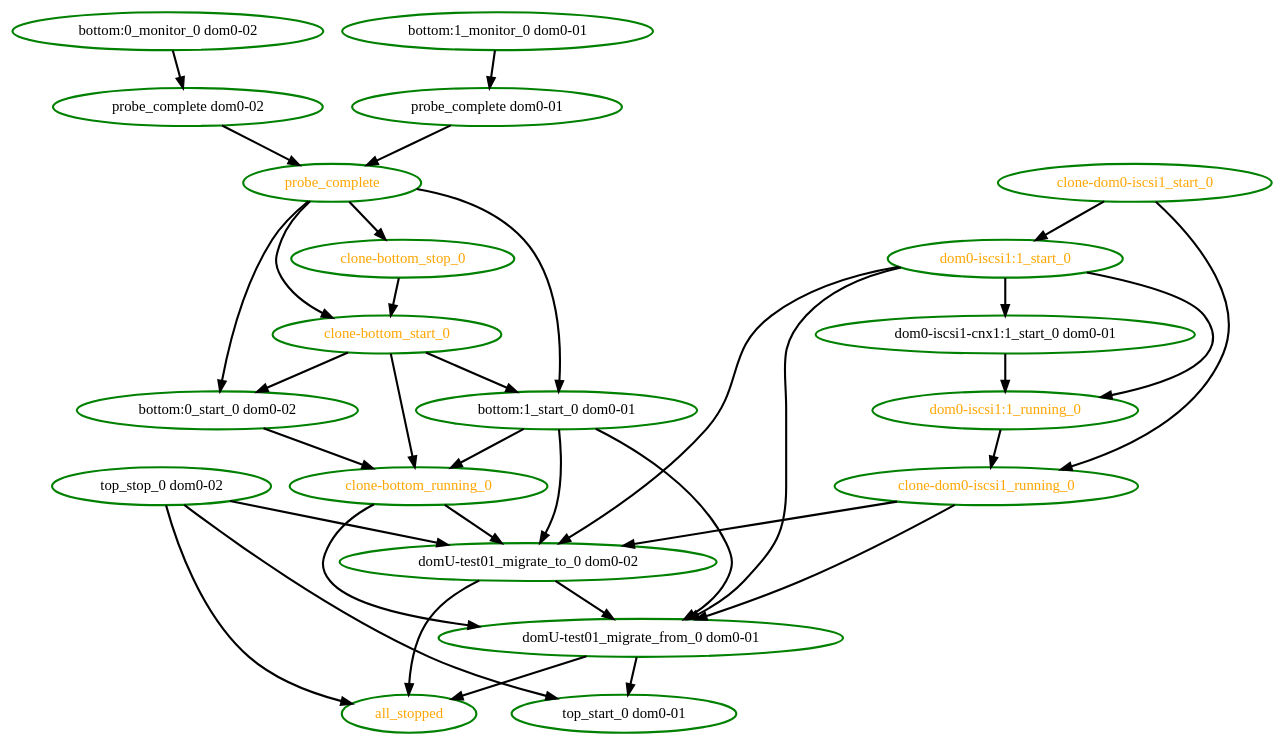
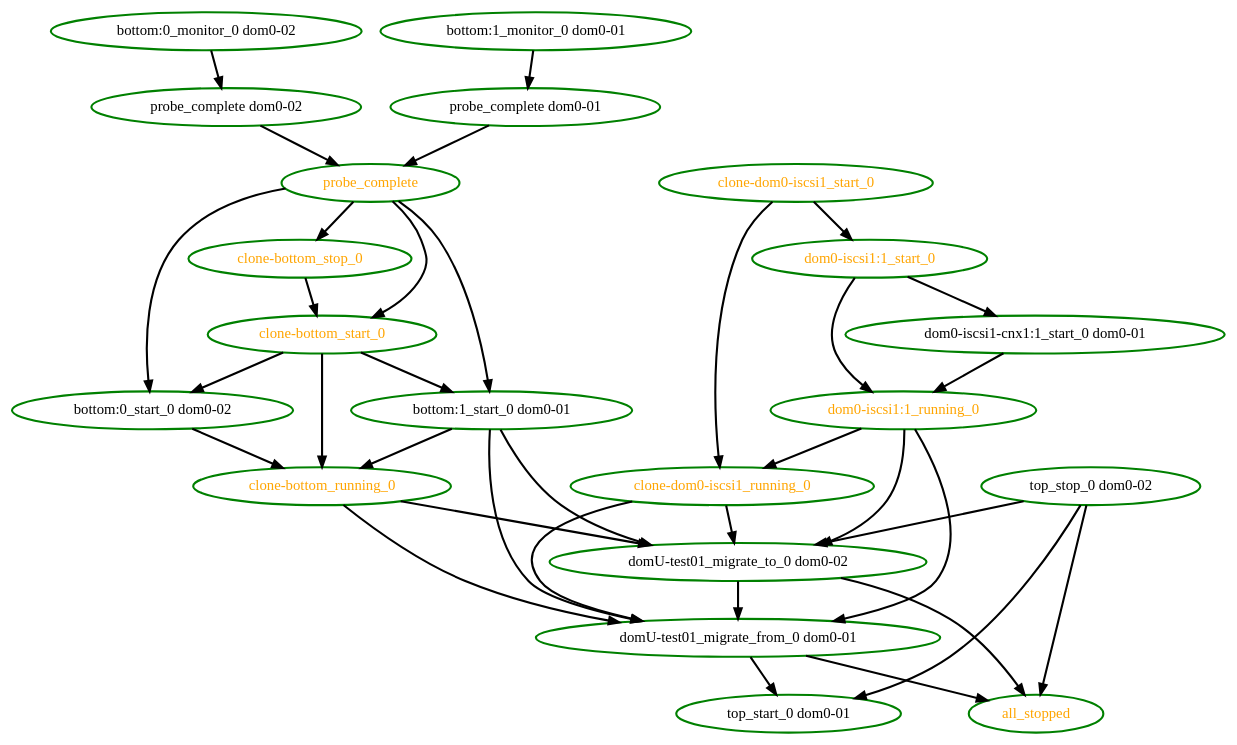
The diagram in pengine/test10/migrate-start-complex.dot (linux-ha-japan/pm_diskd), drawn with Graphviz before and after one commit. The commit also changed 13 other files, not shown here.

```diff
--- a/pengine/test10/migrate-start-complex.dot
+++ b/pengine/test10/migrate-start-complex.dot
@@ -1,57 +1,57 @@
 digraph "g" {
 "all_stopped" [ style=bold color="green" fontcolor="orange"  ]
 "bottom:0_monitor_0 dom0-02" -> "probe_complete dom0-02" [ style = bold]
 "bottom:0_monitor_0 dom0-02" [ style=bold color="green" fontcolor="black"  ]
 "bottom:0_start_0 dom0-02" -> "clone-bottom_running_0" [ style = bold]
 "bottom:0_start_0 dom0-02" [ style=bold color="green" fontcolor="black"  ]
 "bottom:1_monitor_0 dom0-01" -> "probe_complete dom0-01" [ style = bold]
 "bottom:1_monitor_0 dom0-01" [ style=bold color="green" fontcolor="black"  ]
 "bottom:1_start_0 dom0-01" -> "clone-bottom_running_0" [ style = bold]
 "bottom:1_start_0 dom0-01" -> "domU-test01_migrate_from_0 dom0-01" [ style = bold]
 "bottom:1_start_0 dom0-01" -> "domU-test01_migrate_to_0 dom0-02" [ style = bold]
 "bottom:1_start_0 dom0-01" [ style=bold color="green" fontcolor="black"  ]
 "clone-bottom_running_0" -> "domU-test01_migrate_from_0 dom0-01" [ style = bold]
 "clone-bottom_running_0" -> "domU-test01_migrate_to_0 dom0-02" [ style = bold]
 "clone-bottom_running_0" [ style=bold color="green" fontcolor="orange"  ]
 "clone-bottom_start_0" -> "bottom:0_start_0 dom0-02" [ style = bold]
 "clone-bottom_start_0" -> "bottom:1_start_0 dom0-01" [ style = bold]
 "clone-bottom_start_0" -> "clone-bottom_running_0" [ style = bold]
 "clone-bottom_start_0" [ style=bold color="green" fontcolor="orange"  ]
 "clone-bottom_stop_0" -> "clone-bottom_start_0" [ style = bold]
 "clone-bottom_stop_0" [ style=bold color="green" fontcolor="orange"  ]
 "clone-dom0-iscsi1_running_0" -> "domU-test01_migrate_from_0 dom0-01" [ style = bold]
 "clone-dom0-iscsi1_running_0" -> "domU-test01_migrate_to_0 dom0-02" [ style = bold]
 "clone-dom0-iscsi1_running_0" [ style=bold color="green" fontcolor="orange"  ]
 "clone-dom0-iscsi1_start_0" -> "clone-dom0-iscsi1_running_0" [ style = bold]
 "clone-dom0-iscsi1_start_0" -> "dom0-iscsi1:1_start_0" [ style = bold]
 "clone-dom0-iscsi1_start_0" [ style=bold color="green" fontcolor="orange"  ]
 "dom0-iscsi1-cnx1:1_start_0 dom0-01" -> "dom0-iscsi1:1_running_0" [ style = bold]
 "dom0-iscsi1-cnx1:1_start_0 dom0-01" [ style=bold color="green" fontcolor="black"  ]
 "dom0-iscsi1:1_running_0" -> "clone-dom0-iscsi1_running_0" [ style = bold]
+"dom0-iscsi1:1_running_0" -> "domU-test01_migrate_from_0 dom0-01" [ style = bold]
+"dom0-iscsi1:1_running_0" -> "domU-test01_migrate_to_0 dom0-02" [ style = bold]
 "dom0-iscsi1:1_running_0" [ style=bold color="green" fontcolor="orange"  ]
 "dom0-iscsi1:1_start_0" -> "dom0-iscsi1-cnx1:1_start_0 dom0-01" [ style = bold]
 "dom0-iscsi1:1_start_0" -> "dom0-iscsi1:1_running_0" [ style = bold]
-"dom0-iscsi1:1_start_0" -> "domU-test01_migrate_from_0 dom0-01" [ style = bold]
-"dom0-iscsi1:1_start_0" -> "domU-test01_migrate_to_0 dom0-02" [ style = bold]
 "dom0-iscsi1:1_start_0" [ style=bold color="green" fontcolor="orange"  ]
 "domU-test01_migrate_from_0 dom0-01" -> "all_stopped" [ style = bold]
 "domU-test01_migrate_from_0 dom0-01" -> "top_start_0 dom0-01" [ style = bold]
 "domU-test01_migrate_from_0 dom0-01" [ style=bold color="green" fontcolor="black"  ]
 "domU-test01_migrate_to_0 dom0-02" -> "all_stopped" [ style = bold]
 "domU-test01_migrate_to_0 dom0-02" -> "domU-test01_migrate_from_0 dom0-01" [ style = bold]
 "domU-test01_migrate_to_0 dom0-02" [ style=bold color="green" fontcolor="black"  ]
 "probe_complete dom0-01" -> "probe_complete" [ style = bold]
 "probe_complete dom0-01" [ style=bold color="green" fontcolor="black"  ]
 "probe_complete dom0-02" -> "probe_complete" [ style = bold]
 "probe_complete dom0-02" [ style=bold color="green" fontcolor="black"  ]
 "probe_complete" -> "bottom:0_start_0 dom0-02" [ style = bold]
 "probe_complete" -> "bottom:1_start_0 dom0-01" [ style = bold]
 "probe_complete" -> "clone-bottom_start_0" [ style = bold]
 "probe_complete" -> "clone-bottom_stop_0" [ style = bold]
 "probe_complete" [ style=bold color="green" fontcolor="orange"  ]
 "top_start_0 dom0-01" [ style=bold color="green" fontcolor="black"  ]
 "top_stop_0 dom0-02" -> "all_stopped" [ style = bold]
 "top_stop_0 dom0-02" -> "domU-test01_migrate_to_0 dom0-02" [ style = bold]
 "top_stop_0 dom0-02" -> "top_start_0 dom0-01" [ style = bold]
 "top_stop_0 dom0-02" [ style=bold color="green" fontcolor="black"  ]
 }
```
